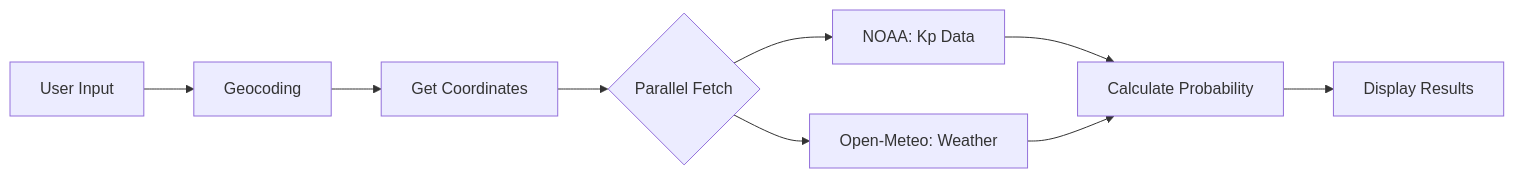
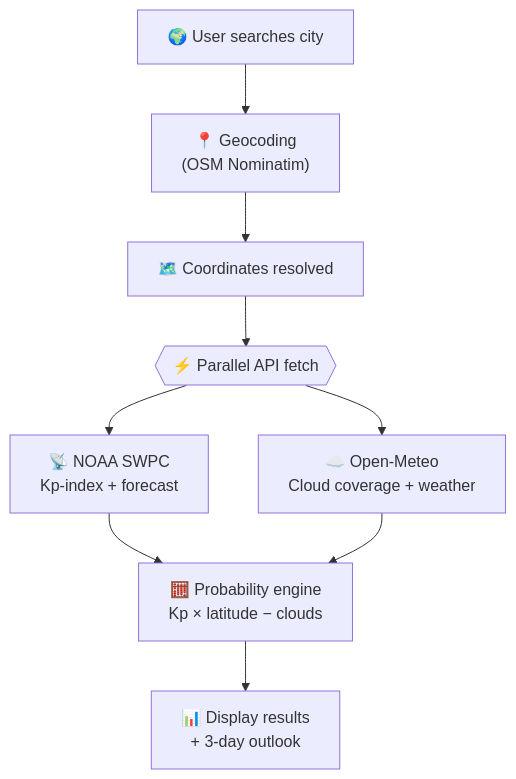
Before and after one commit to Sigge1511/AuroraForecast-MS: the diagram in README.md, drawn with Mermaid. The commit also changed other lines of this file, not shown here.

First line of the commit message:
docs: overhaul README — AI origin story, NOAA context, TD mermaid, All Rights Reserved, captioned screenshots, no Contributing

````diff
--- a/README.md
+++ b/README.md
@@ -137,11 +142,11 @@
 ```mermaid
-flowchart LR
-    A[User Input] --> B[Geocoding]
-    B --> C[Get Coordinates]
-    C --> D{Parallel Fetch}
-    D --> E[NOAA: Kp Data]
-    D --> F[Open-Meteo: Weather]
-    E --> G[Calculate Probability]
+flowchart TD
+    A["🌍 User searches city"] --> B["📍 Geocoding\n(OSM Nominatim)"]
+    B --> C["🗺️ Coordinates resolved"]
+    C --> D{{"⚡ Parallel API fetch"}}
+    D --> E["📡 NOAA SWPC\nKp-index + forecast"]
+    D --> F["☁️ Open-Meteo\nCloud coverage + weather"]
+    E --> G["🧮 Probability engine\nKp × latitude − clouds"]
     F --> G
-    G --> H[Display Results]
+    G --> H["📊 Display results\n+ 3-day outlook"]
 ```
````
